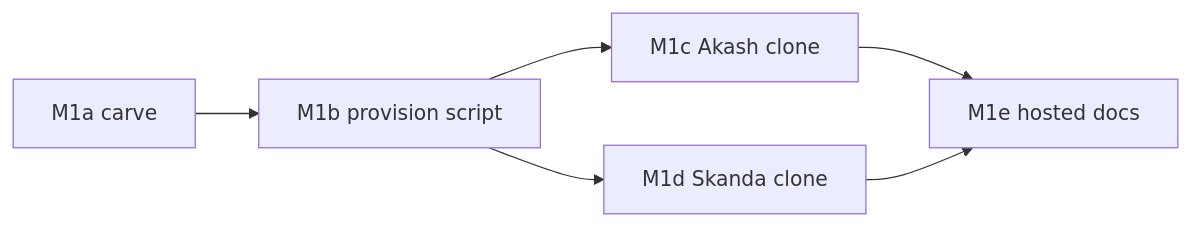
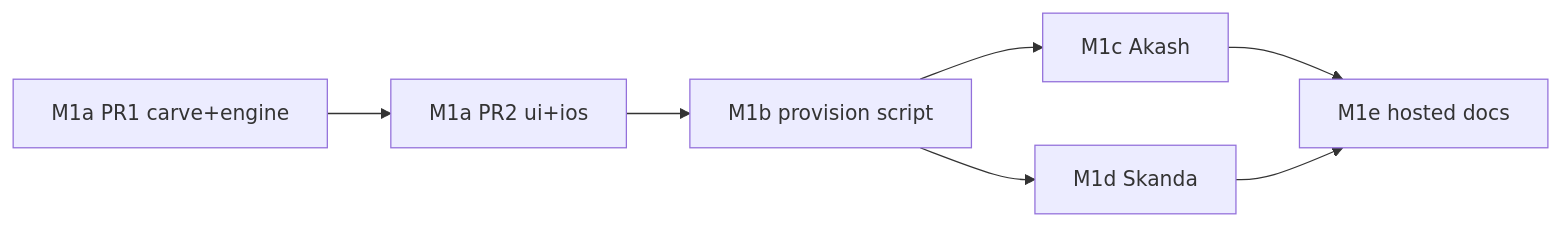
The fourth of 4 diagrams in docs/m1-plan.md (sibling-shipyard/coach-hq), drawn with Mermaid before and after one commit. The commit also changed other lines of this file and 3 other files, not shown here.

````diff
--- a/docs/m1-plan.md
+++ b/docs/m1-plan.md
@@ -179,8 +190,9 @@
 ```mermaid
 flowchart LR
-  M1a["M1a carve"] --> M1b["M1b provision script"]
-  M1b --> M1c["M1c Akash clone"]
-  M1b --> M1d["M1d Skanda clone"]
+  M1a1["M1a PR1 carve+engine"] --> M1a2["M1a PR2 ui+ios"]
+  M1a2 --> M1b["M1b provision script"]
+  M1b --> M1c["M1c Akash"]
+  M1b --> M1d["M1d Skanda"]
   M1c --> M1e["M1e hosted docs"]
   M1d --> M1e
 ```
````
